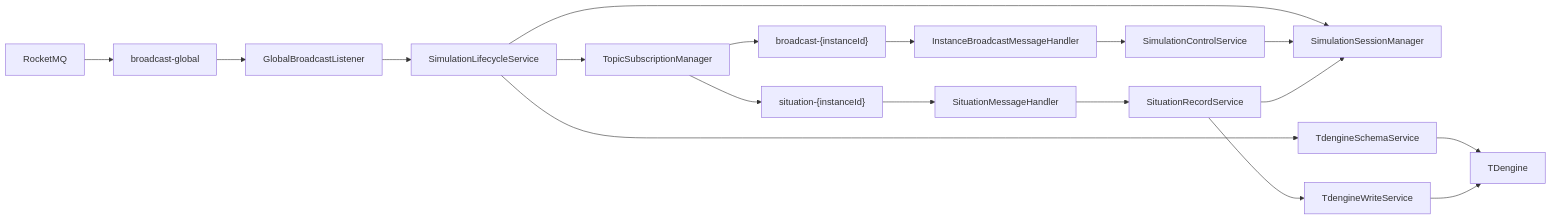
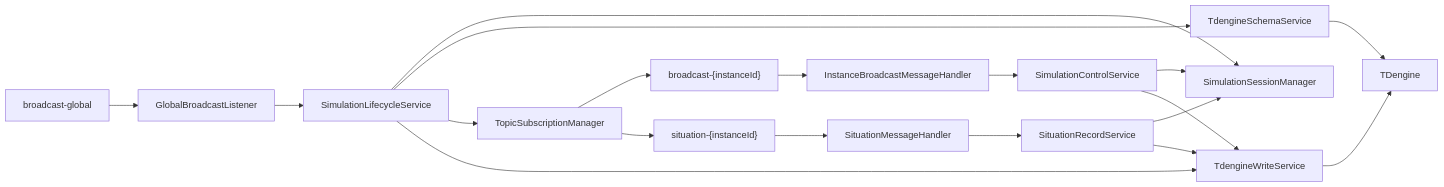
One commit to wangbinio/logger-server changed the second of 3 diagrams in ARCHITECTURE.md. Above: the diagram before and after it, drawn with Mermaid. The commit also changed other lines of this file and 8 other files, not shown here.

````diff
--- a/ARCHITECTURE.md
+++ b/ARCHITECTURE.md
@@ -22,27 +174,28 @@
 ```mermaid
 flowchart LR
-    RocketMQ["RocketMQ"]
     GlobalTopic["broadcast-global"]
     ControlTopic["broadcast-{instanceId}"]
     SituationTopic["situation-{instanceId}"]
     GlobalListener["GlobalBroadcastListener"]
     TopicManager["TopicSubscriptionManager"]
     ControlHandler["InstanceBroadcastMessageHandler"]
     SituationHandler["SituationMessageHandler"]
     LifecycleService["SimulationLifecycleService"]
     ControlService["SimulationControlService"]
     RecordService["SituationRecordService"]
     SessionManager["SimulationSessionManager"]
-    TdengineSchema["TdengineSchemaService"]
-    TdengineWrite["TdengineWriteService"]
+    SchemaService["TdengineSchemaService"]
+    WriteService["TdengineWriteService"]
     TDengine["TDengine"]
 
-    RocketMQ --> GlobalTopic --> GlobalListener --> LifecycleService
+    GlobalTopic --> GlobalListener --> LifecycleService
     LifecycleService --> SessionManager
-    LifecycleService --> TdengineSchema --> TDengine
+    LifecycleService --> SchemaService --> TDengine
     LifecycleService --> TopicManager
     TopicManager --> ControlTopic --> ControlHandler --> ControlService --> SessionManager
     TopicManager --> SituationTopic --> SituationHandler --> RecordService
     RecordService --> SessionManager
-    RecordService --> TdengineWrite --> TDengine
+    RecordService --> WriteService --> TDengine
+    ControlService --> WriteService
+    LifecycleService --> WriteService
 ```
````
